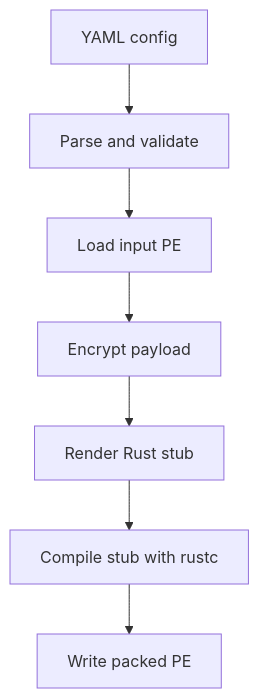
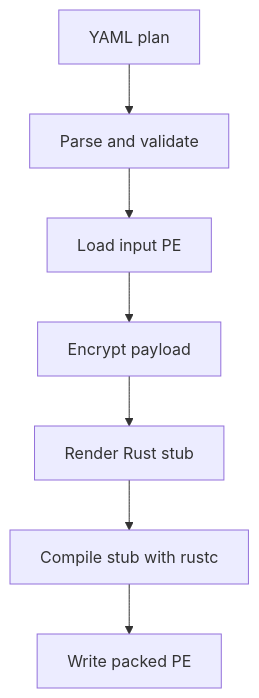
Before and after one commit to M3str3/Picaro: the diagram in README.md, drawn with Mermaid. The commit also changed other lines of this file and 73 other files, not shown here.

````diff
--- a/README.md
+++ b/README.md
@@ -256,9 +256,9 @@
 ```mermaid
 flowchart TD
-    Y[YAML config] --> V[Parse and validate]
+    Y[YAML plan] --> V[Parse and validate]
     V --> I[Load input PE]
     I --> E[Encrypt payload]
     E --> R[Render Rust stub]
     R --> C[Compile stub with rustc]
     C --> O[Write packed PE]
 ```
````
